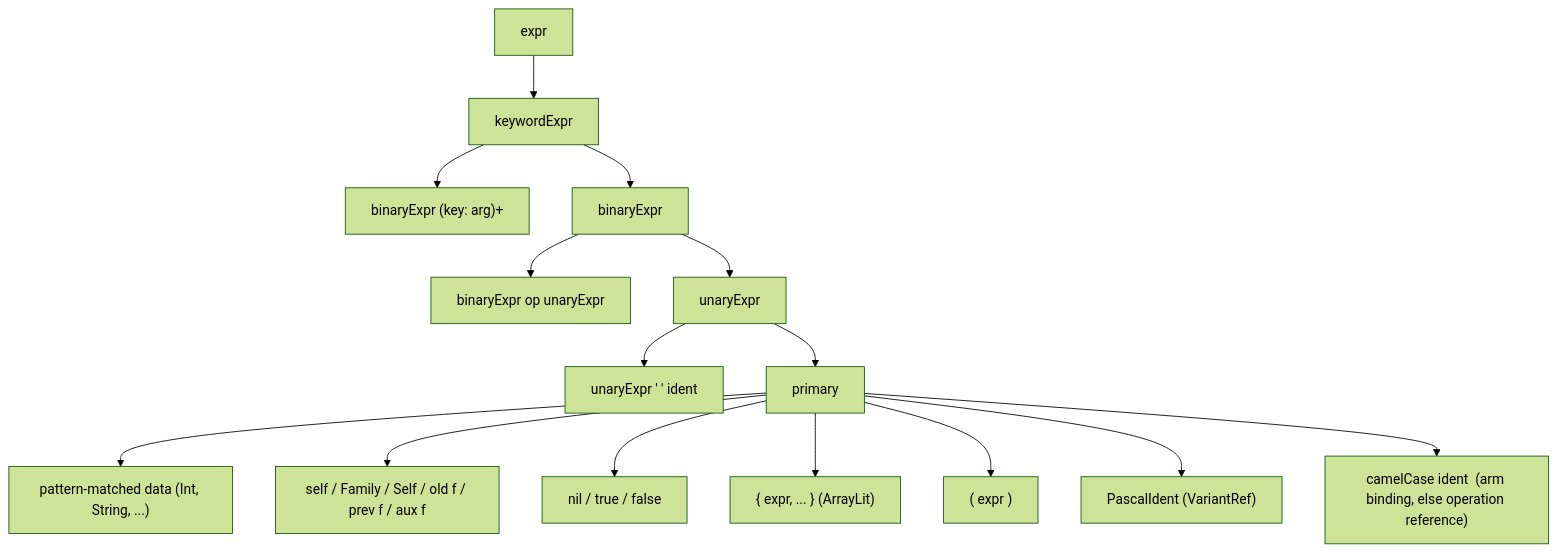
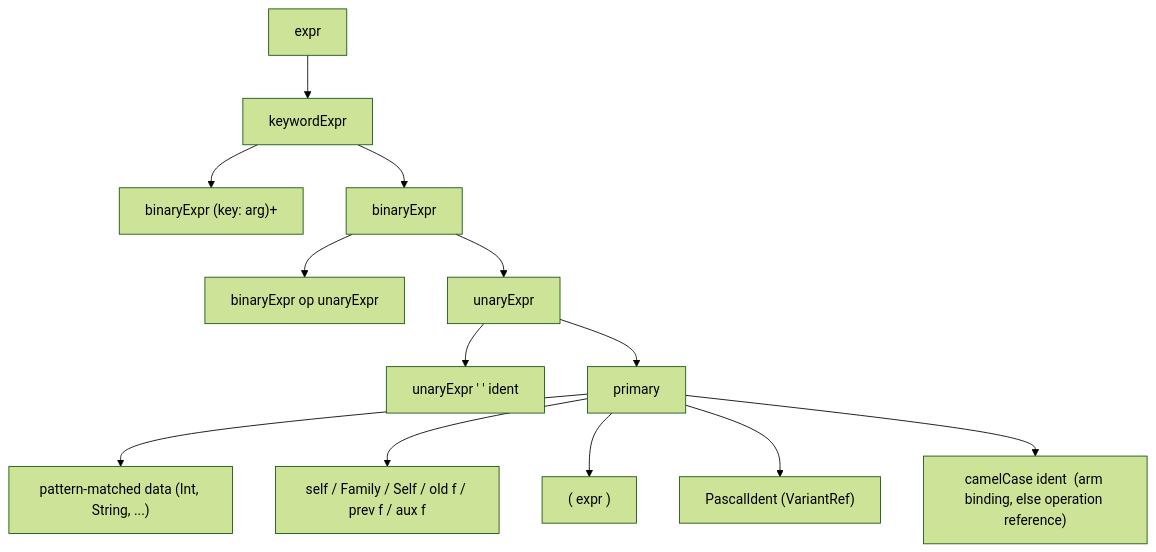
The first of 7 diagrams in _docs/theory/surface-syntax.md (lapis-lang/lapis-lang), drawn with Mermaid (forest theme) before and after one commit. The commit also changed other lines of this file and 11 other files, not shown here.

````diff
--- a/_docs/theory/surface-syntax.md
+++ b/_docs/theory/surface-syntax.md
@@ -295,17 +309,15 @@
 ```mermaid
 flowchart TD
     expr --> keywordExpr
     keywordExpr --> kw_op["binaryExpr (key: arg)+"]
     keywordExpr --> binaryExpr
     binaryExpr --> bin_op["binaryExpr op unaryExpr"]
     binaryExpr --> unaryExpr
     unaryExpr --> unary_chain["unaryExpr ' ' ident"]
     unaryExpr --> primary
     primary --> prim_data["pattern-matched data (Int, String, ...)"]
     primary --> prim_ref["self / Family / Self / old f / prev f / aux f"]
-    primary --> prim_nil["nil / true / false"]
-    primary --> prim_array["{ expr, ... }  (ArrayLit)"]
     primary --> prim_paren["( expr )"]
     primary --> prim_pascal["PascalIdent (VariantRef)"]
     primary --> prim_ident["camelCase ident  (arm binding, else operation reference)"]
 ```
````
